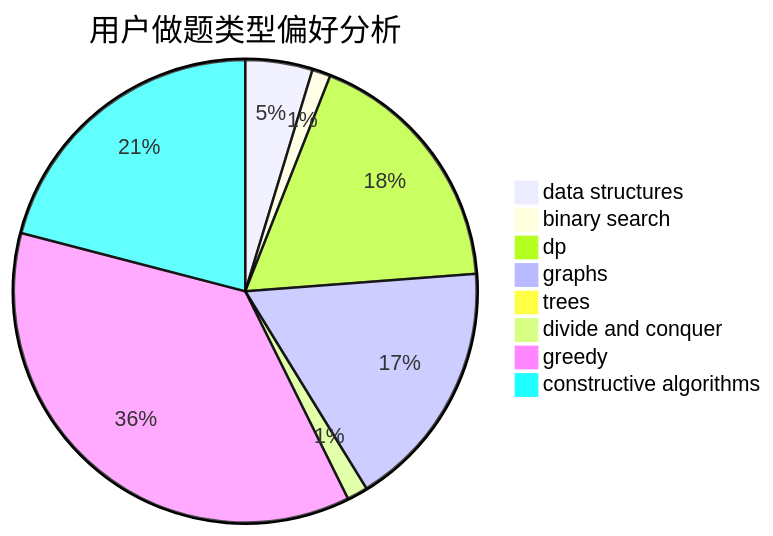
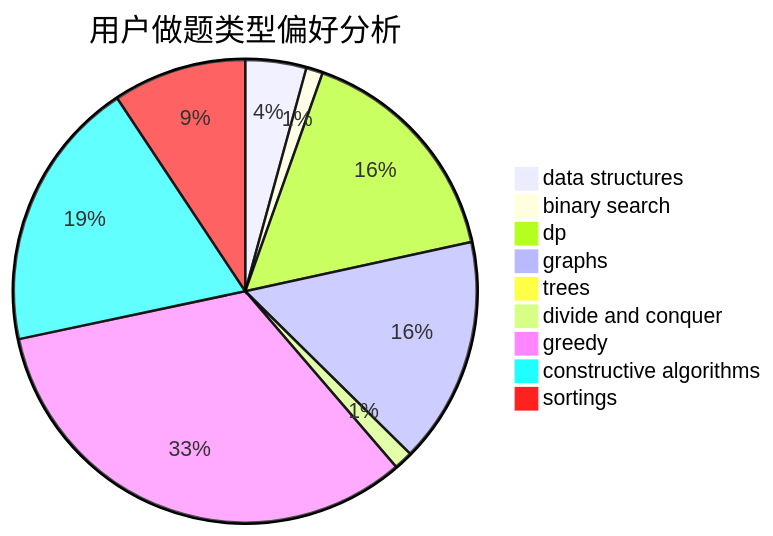
Before and after one commit to sherpahu/cfrs.github.io: the second of 3 diagrams in docs/user/u272.md, drawn with Mermaid. The commit also changed other lines of this file and 2769 other files, not shown here.

````diff
--- a/docs/user/u272.md
+++ b/docs/user/u272.md
@@ -23,11 +18,12 @@
 ```mermaid
 pie title 用户做题类型偏好分析
     "data structures" :  84
     "binary search" :  23
     "dp" :  319
     "graphs" :  312
     "trees" :  6
     "divide and conquer" :  26
     "greedy" :  651
     "constructive algorithms" :  375
+    "sortings" :  184
 ```
````
